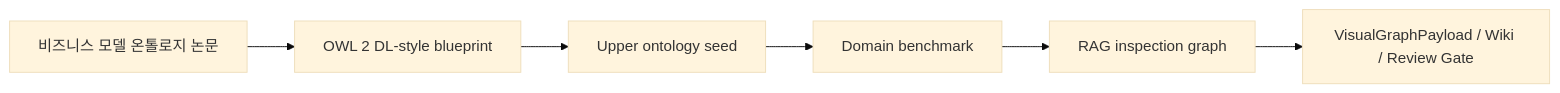
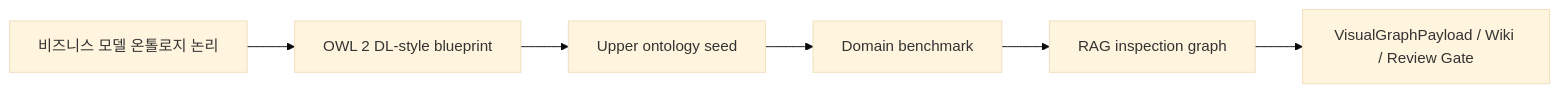
One commit to jungyonghi/bike-onto changed the second of 3 diagrams in README.md. Above: the diagram before and after it, drawn with Mermaid (base theme). The commit also changed other lines of this file and 2 other files, not shown here.

````diff
--- a/README.md
+++ b/README.md
@@ -152,8 +152,8 @@
 ```mermaid
 flowchart LR
-    BMO[비즈니스 모델 온톨로지 논문] --> BP[OWL 2 DL-style blueprint]
+    BMO[비즈니스 모델 온톨로지 논리] --> BP[OWL 2 DL-style blueprint]
     BP --> US[Upper ontology seed]
     US --> DB[Domain benchmark]
     DB --> RG[RAG inspection graph]
     RG --> OUT[VisualGraphPayload / Wiki / Review Gate]
 ```
````
